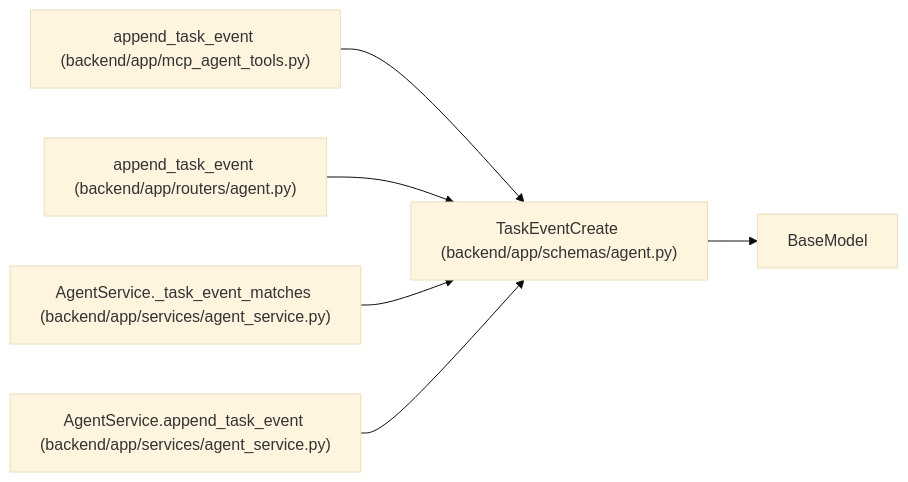
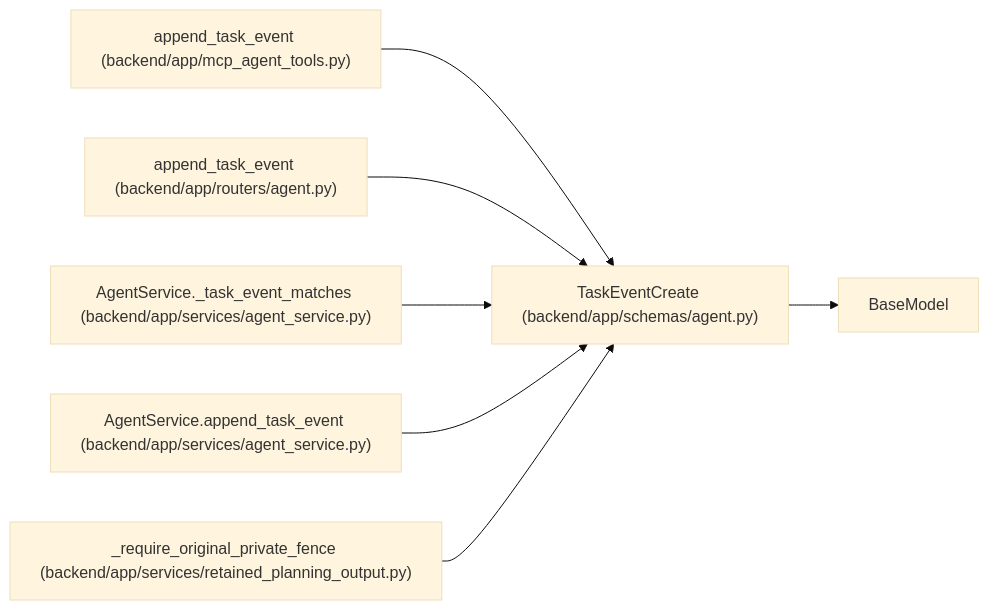
The diagram in docs/llm_wiki/entities/TaskEventCreate.md (Denissvgn/WorkChord), drawn with Mermaid (base theme) before and after one commit. The commit also changed other lines of this file and 868 other files, not shown here.

Commit message:
Document authenticated planning-window recovery and retained worker evidence

````diff
--- a/docs/llm_wiki/entities/TaskEventCreate.md
+++ b/docs/llm_wiki/entities/TaskEventCreate.md
@@ -47,19 +47,22 @@
 ```mermaid
 flowchart LR
     n0["TaskEventCreate (backend/app/schemas/agent.py)"]
     n1["BaseModel"]
     n2["append_task_event (backend/app/mcp_agent_tools.py)"]
     n3["append_task_event (backend/app/routers/agent.py)"]
     n4["AgentService._task_event_matches (backend/app/services/agent_service.py)"]
     n5["AgentService.append_task_event (backend/app/services/agent_service.py)"]
+    n6["_require_original_private_fence (backend/app/services/retained_planning_output.py)"]
     n0 --> n1
     n2 --> n0
     n3 --> n0
     n4 --> n0
     n5 --> n0
+    n6 --> n0
     click n0 "../modules/schemas_agent.md"
     click n2 "../modules/mcp_agent_tools.md"
     click n3 "../modules/routers_agent.md"
     click n4 "../modules/agent_service.md"
     click n5 "../modules/agent_service.md"
+    click n6 "../modules/retained_planning_output.md"
 ```
````
